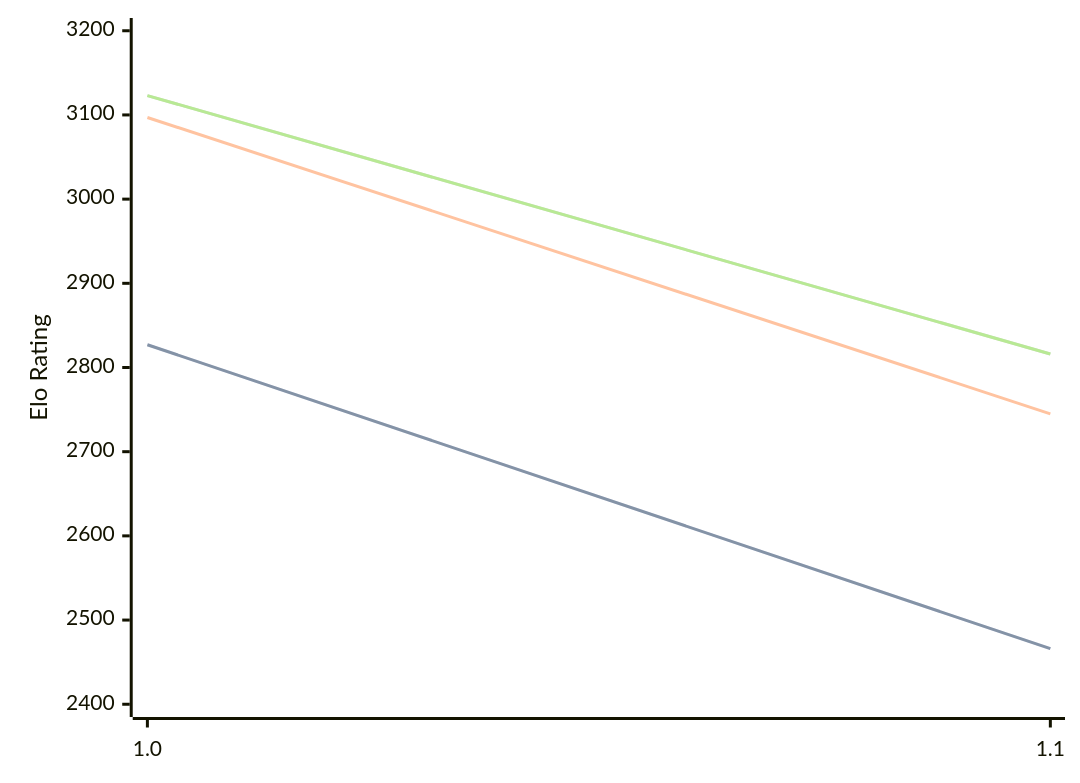
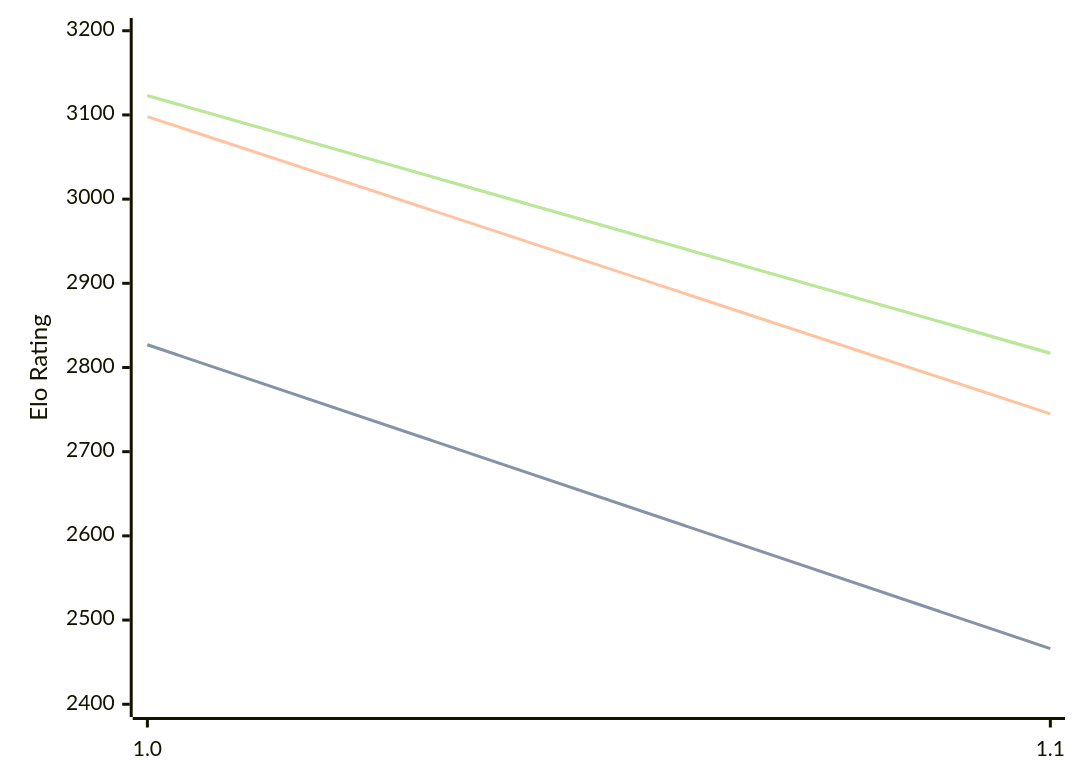
The third of 3 diagrams in engines/Publius.md (computer-chess-index/cci), drawn with Mermaid before and after one commit. The commit also changed other lines of this file, not shown here.

Commit message:
Update CCI Ratings (ELO VLTC) - 2026-07-11

````diff
--- a/engines/Publius.md
+++ b/engines/Publius.md
@@ -65,11 +65,11 @@
 ```mermaid
 %%{init: {"theme":"base","themeVariables":{"seriesColors:['#a3a3a3','#222221','#faa371']}}}%%
 xychart-beta
   x-axis ["1.0", "1.1"]
   y-axis "Elo Rating" 2400 --> 3200
   line "STC (8.0+0.08s)" [2827, 2466]
   line "STC (8.0+0.08s)" [2827, 2466]
-  line "LTC (60.0+0.60s)" [3097, 2745]
-  line "VLTC (2m24s+1.12s)" [3123, 2816]
-  line "VLTC (2m24s+1.12s)" [3123, 2816]
+  line "LTC (60.0+0.60s)" [3098, 2745]
+  line "VLTC (2m24s+1.12s)" [3123, 2817]
+  line "VLTC (2m24s+1.12s)" [3123, 2817]
 ```
````
